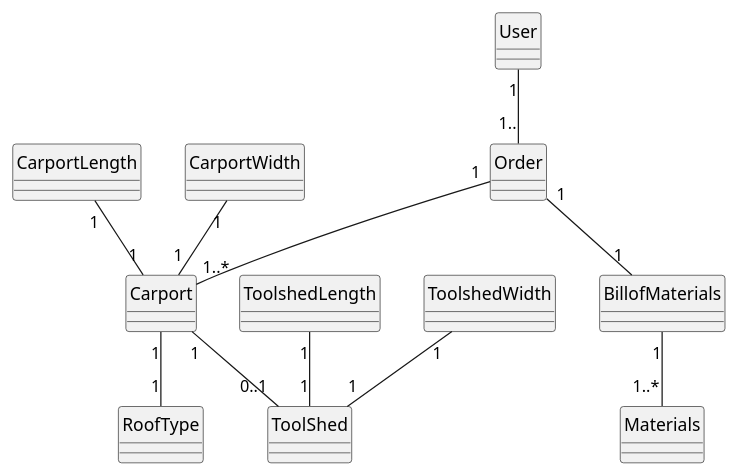
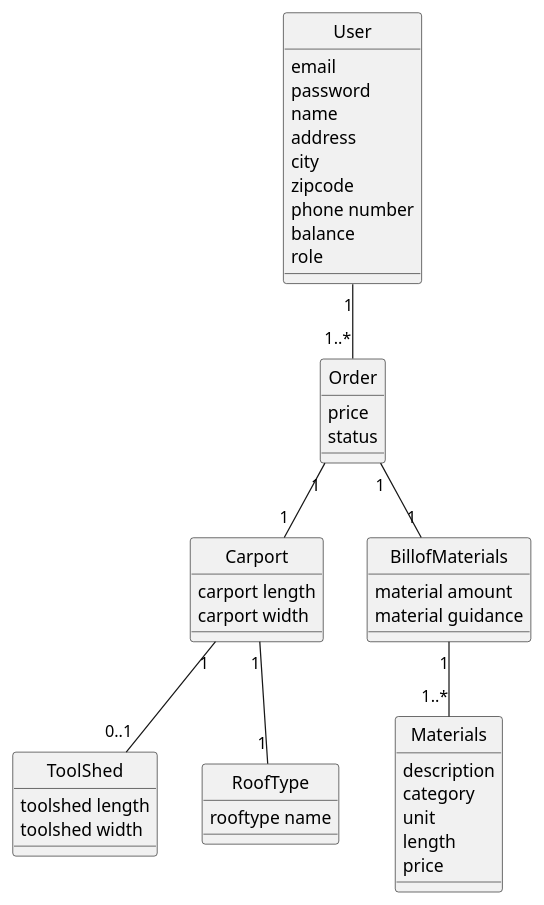
The diagram in documentation/domian model.puml (rasm445f/Fog-Carport), drawn with PlantUML before and after one commit. The commit also changed 1 other file, not shown here.

Commit message:
updated domain model and activity diagram

```diff
--- a/documentation/domian model.puml
+++ b/documentation/domian model.puml
@@ -1,30 +1,54 @@
 @startuml
 skinparam style strictuml
 
 
-class User
-class Order
-class Carport
-class CarportLength
-class CarportWidth
-class ToolShed
-class ToolshedLength
-class ToolshedWidth
-class Materials
-class RoofType
-class BillofMaterials
+class User{
+email
+password
+name
+address
+city
+zipcode
+phone number
+balance
+role
+}
+class Order{
+price
+status
+}
+class Carport{
+carport length
+carport width
+}
 
-User "1" -- "1.."Order
+class ToolShed{
+toolshed length
+toolshed width
+}
+
+class Materials{
+description
+category
+unit
+length
+price
+}
+class RoofType{
+rooftype name
+}
+class BillofMaterials{
+material amount
+material guidance
+
+}
+
+
+User "1" -- "1..*"Order
 Order"1" -- "1"BillofMaterials
-Order"1" -- "1..*"Carport
-CarportLength"1" -- "1"Carport
-CarportWidth"1" -- "1"Carport
+Order"1" -- "1"Carport
 Carport"1" -- "0..1"ToolShed
-
-ToolshedLength"1" -- "1"ToolShed
-ToolshedWidth"1" -- "1"ToolShed
-
 BillofMaterials"1" -- "1..*"Materials
 Carport"1" -- "1"RoofType
 
 @enduml
```
